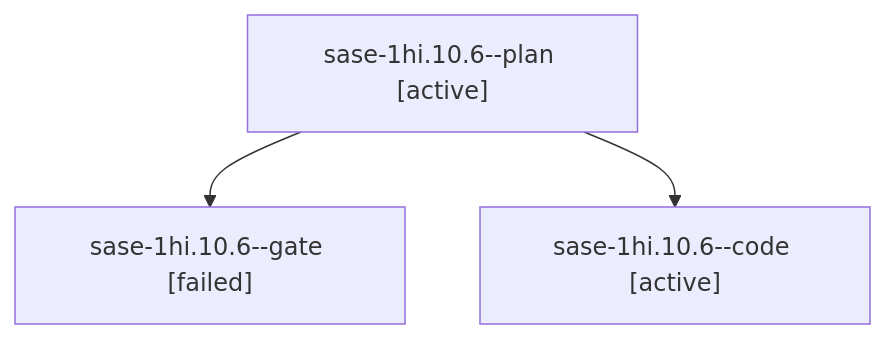
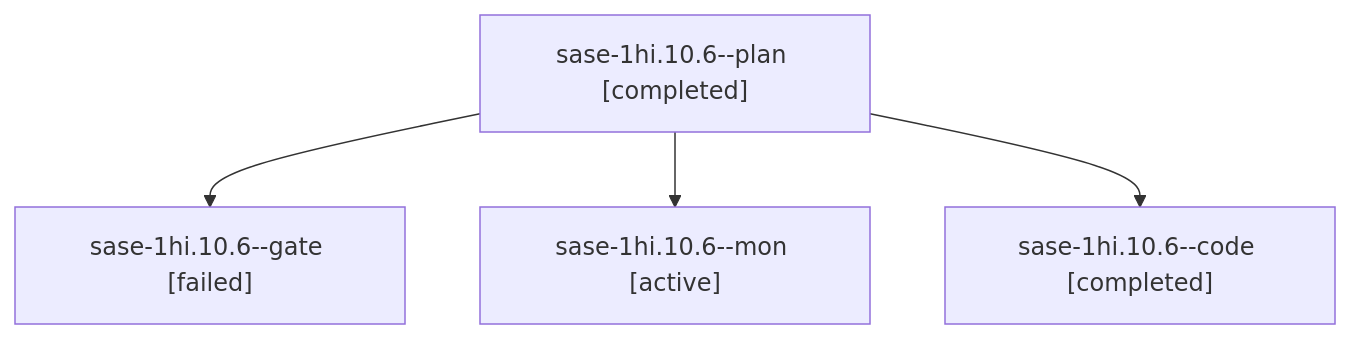
One commit to sase-org/sase--agents changed the diagram in sessions/bbugyi200.apollo.sase-1hi.10.6.md. Above: the diagram before and after it, drawn with Mermaid. The commit also changed other lines of this file and 126 other files, not shown here.

````diff
--- a/sessions/bbugyi200.apollo.sase-1hi.10.6.md
+++ b/sessions/bbugyi200.apollo.sase-1hi.10.6.md
@@ -9,8 +9,10 @@
 ```mermaid
 flowchart TD
-  n0["sase-1hi.10.6--plan [active]"]
+  n0["sase-1hi.10.6--plan [completed]"]
   n1["sase-1hi.10.6--gate [failed]"]
   n0 --> n1
-  n2["sase-1hi.10.6--code [active]"]
+  n2["sase-1hi.10.6--mon [active]"]
   n0 --> n2
+  n3["sase-1hi.10.6--code [completed]"]
+  n0 --> n3
 ```
````
